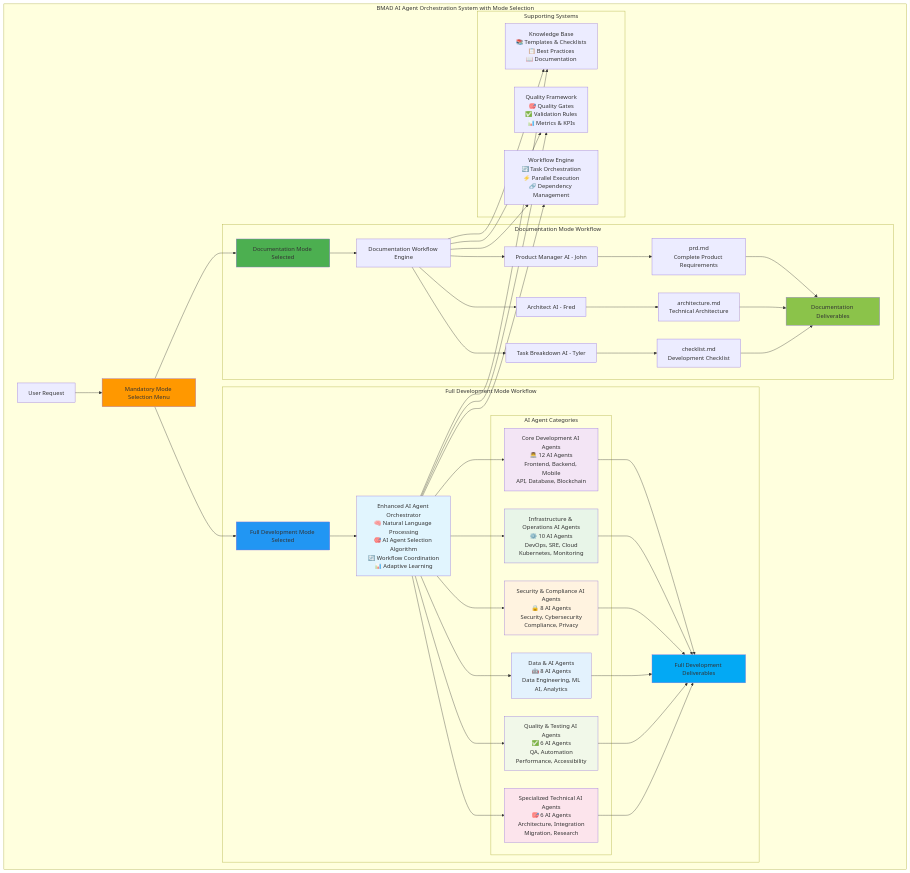
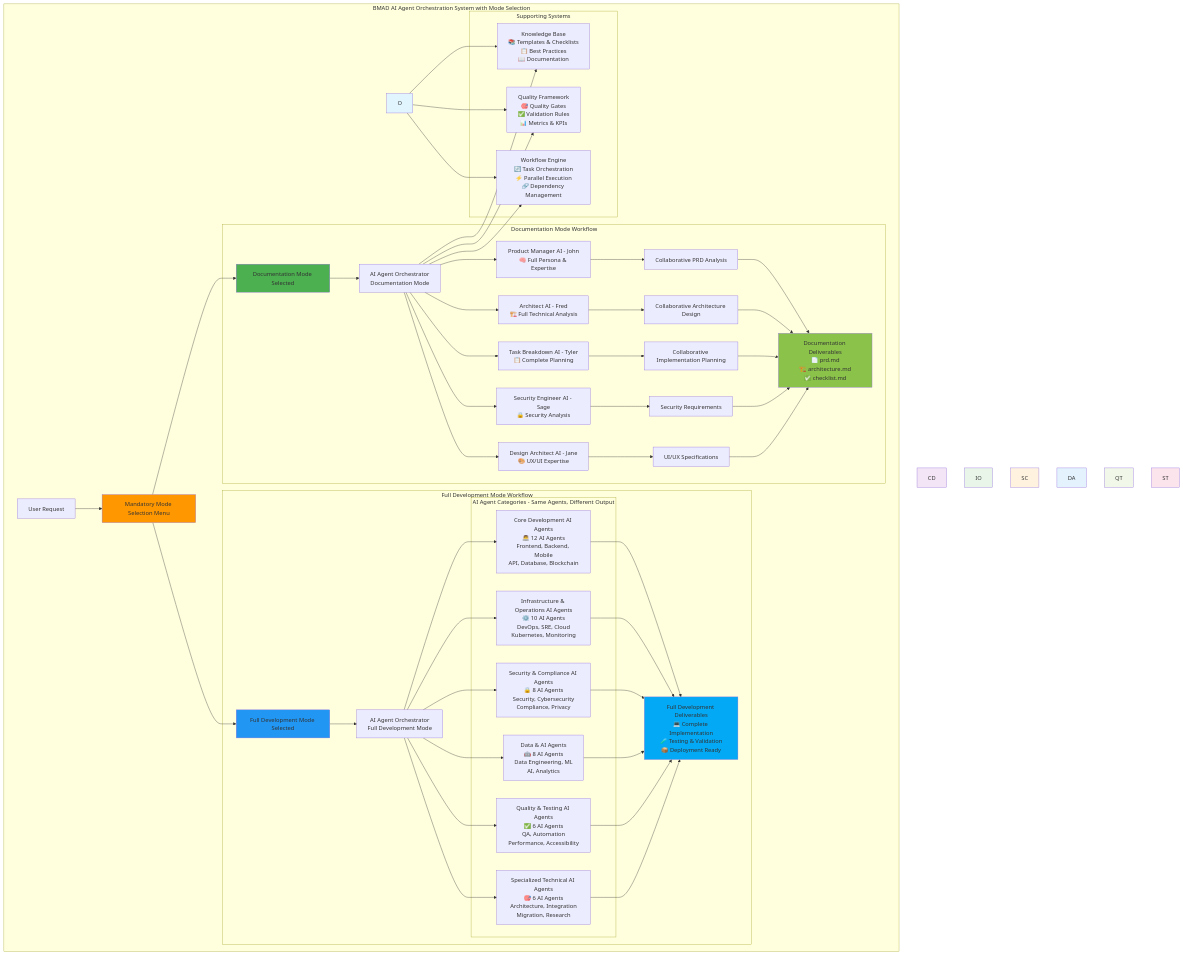
Before and after one commit to usemanusai/CodeMAD: the first of 7 diagrams in README.md, drawn with Mermaid. The commit also changed other lines of this file and 4 other files, not shown here.

```diff
--- a/README.md
+++ b/README.md
@@ -135,45 +150,51 @@
         MS --> FM[Full Development Mode Selected]
 
         subgraph "Documentation Mode Workflow"
-            DM --> DW[Documentation Workflow Engine]
-            DW --> PM[Product Manager AI - John]
-            DW --> AR[Architect AI - Fred]
-            DW --> TB[Task Breakdown AI - Tyler]
+            DM --> DW[AI Agent Orchestrator<br/>Documentation Mode]
+            DW --> DPM[Product Manager AI - John<br/>🧠 Full Persona & Expertise]
+            DW --> DAR[Architect AI - Fred<br/>🏗️ Full Technical Analysis]
+            DW --> DTB[Task Breakdown AI - Tyler<br/>📋 Complete Planning]
+            DW --> DSE[Security Engineer AI - Sage<br/>🔒 Security Analysis]
+            DW --> DDE[Design Architect AI - Jane<br/>🎨 UX/UI Expertise]
 
-            PM --> PRD[prd.md<br/>Complete Product Requirements]
-            AR --> ARCH[architecture.md<br/>Technical Architecture]
-            TB --> TASKS[checklist.md<br/>Development Checklist]
+            DPM --> DPRD[Collaborative PRD Analysis]
+            DAR --> DARCH[Collaborative Architecture Design]
+            DTB --> DTASKS[Collaborative Implementation Planning]
+            DSE --> DSEC[Security Requirements]
+            DDE --> DUI[UI/UX Specifications]
 
-            PRD --> DD[Documentation Deliverables]
-            ARCH --> DD
-            TASKS --> DD
+            DPRD --> DD[Documentation Deliverables<br/>📄 prd.md<br/>🏗️ architecture.md<br/>✅ checklist.md]
+            DARCH --> DD
+            DTASKS --> DD
+            DSEC --> DD
+            DUI --> DD
         end
 
         subgraph "Full Development Mode Workflow"
-            FM --> O[Enhanced AI Agent Orchestrator<br/>🧠 Natural Language Processing<br/>🎯 AI Agent Selection Algorithm<br/>🔄 Workflow Coordination<br/>📊 Adaptive Learning]
+            FM --> FO[AI Agent Orchestrator<br/>Full Development Mode]
 
-            subgraph "AI Agent Categories"
-                CD[Core Development AI Agents<br/>👨‍💻 12 AI Agents<br/>Frontend, Backend, Mobile<br/>API, Database, Blockchain]
-                IO[Infrastructure & Operations AI Agents<br/>⚙️ 10 AI Agents<br/>DevOps, SRE, Cloud<br/>Kubernetes, Monitoring]
-                SC[Security & Compliance AI Agents<br/>🔒 8 AI Agents<br/>Security, Cybersecurity<br/>Compliance, Privacy]
-                DA[Data & AI Agents<br/>🤖 8 AI Agents<br/>Data Engineering, ML<br/>AI, Analytics]
-                QT[Quality & Testing AI Agents<br/>✅ 6 AI Agents<br/>QA, Automation<br/>Performance, Accessibility]
-                ST[Specialized Technical AI Agents<br/>🎯 6 AI Agents<br/>Architecture, Integration<br/>Migration, Research]
+            subgraph "AI Agent Categories - Same Agents, Different Output"
+                FCD[Core Development AI Agents<br/>👨‍💻 12 AI Agents<br/>Frontend, Backend, Mobile<br/>API, Database, Blockchain]
+                FIO[Infrastructure & Operations AI Agents<br/>⚙️ 10 AI Agents<br/>DevOps, SRE, Cloud<br/>Kubernetes, Monitoring]
+                FSC[Security & Compliance AI Agents<br/>🔒 8 AI Agents<br/>Security, Cybersecurity<br/>Compliance, Privacy]
+                FDA[Data & AI Agents<br/>🤖 8 AI Agents<br/>Data Engineering, ML<br/>AI, Analytics]
+                FQT[Quality & Testing AI Agents<br/>✅ 6 AI Agents<br/>QA, Automation<br/>Performance, Accessibility]
+                FST[Specialized Technical AI Agents<br/>🎯 6 AI Agents<br/>Architecture, Integration<br/>Migration, Research]
             end
 
-            O --> CD
-            O --> IO
-            O --> SC
-            O --> DA
-            O --> QT
-            O --> ST
+            FO --> FCD
+            FO --> FIO
+            FO --> FSC
+            FO --> FDA
+            FO --> FQT
+            FO --> FST
 
-            CD --> FD[Full Development Deliverables]
-            IO --> FD
-            SC --> FD
-            DA --> FD
-            QT --> FD
-            ST --> FD
+            FCD --> FD[Full Development Deliverables<br/>💻 Complete Implementation<br/>🧪 Testing & Validation<br/>📦 Deployment Ready]
+            FIO --> FD
+            FSC --> FD
+            FDA --> FD
+            FQT --> FD
+            FST --> FD
         end
 
         subgraph "Supporting Systems"
```
